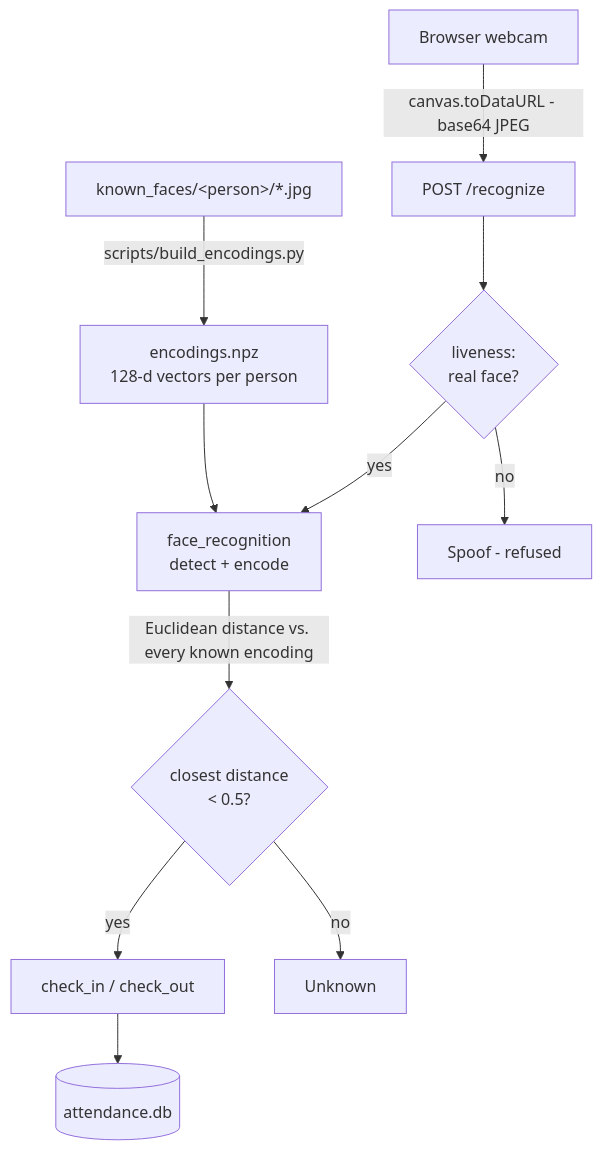
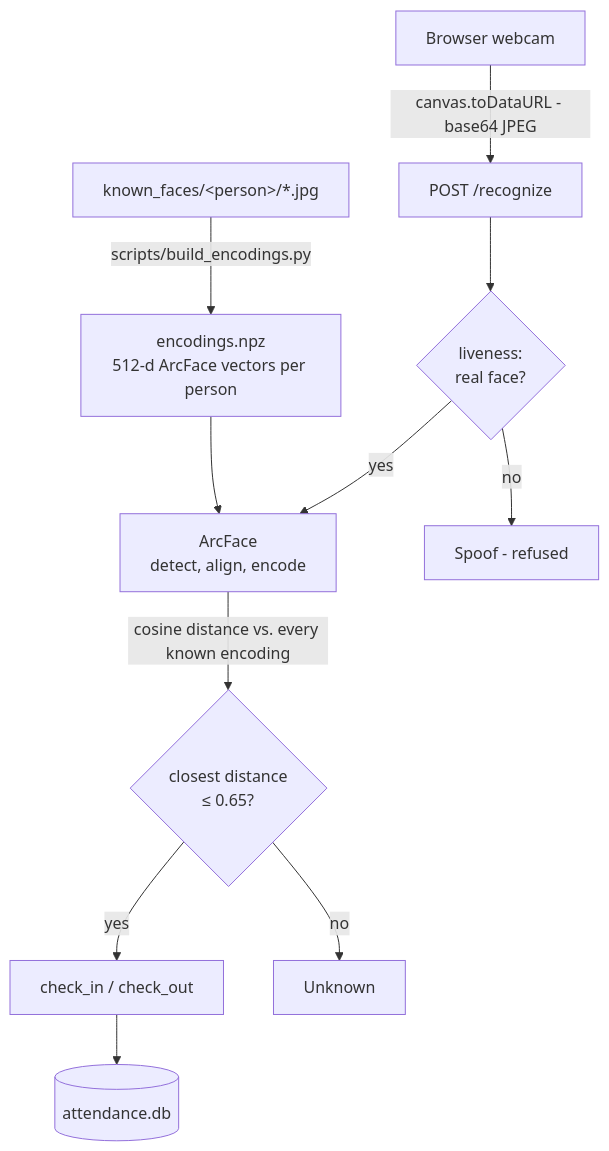
The diagram in README.md (b1lquees/FaceRecognition-AttendanceSystem), drawn with Mermaid before and after one commit. The commit also changed other lines of this file and 15 other files, not shown here.

Commit message:
Switch face recognition from dlib to ArcFace

````diff
--- a/README.md
+++ b/README.md
@@ -220,13 +225,13 @@
 ```mermaid
 flowchart TD
-    A[known_faces/&lt;person&gt;/*.jpg] -->|scripts/build_encodings.py| B[encodings.npz<br/>128-d vectors per person]
+    A[known_faces/&lt;person&gt;/*.jpg] -->|scripts/build_encodings.py| B[encodings.npz<br/>512-d ArcFace vectors per person]
     C[Browser webcam] -->|canvas.toDataURL - base64 JPEG| D[POST /recognize]
     B --> E
     D --> L{liveness:<br/>real face?}
     L -->|no| S[Spoof - refused]
-    L -->|yes| E[face_recognition<br/>detect + encode]
-    E -->|Euclidean distance vs. every known encoding| F{closest distance<br/>&lt; 0.5?}
+    L -->|yes| E[ArcFace<br/>detect, align, encode]
+    E -->|cosine distance vs. every known encoding| F{closest distance<br/>&le; 0.65?}
     F -->|yes| G[check_in / check_out]
     F -->|no| H[Unknown]
     G --> I[(attendance.db)]
 ```
````
